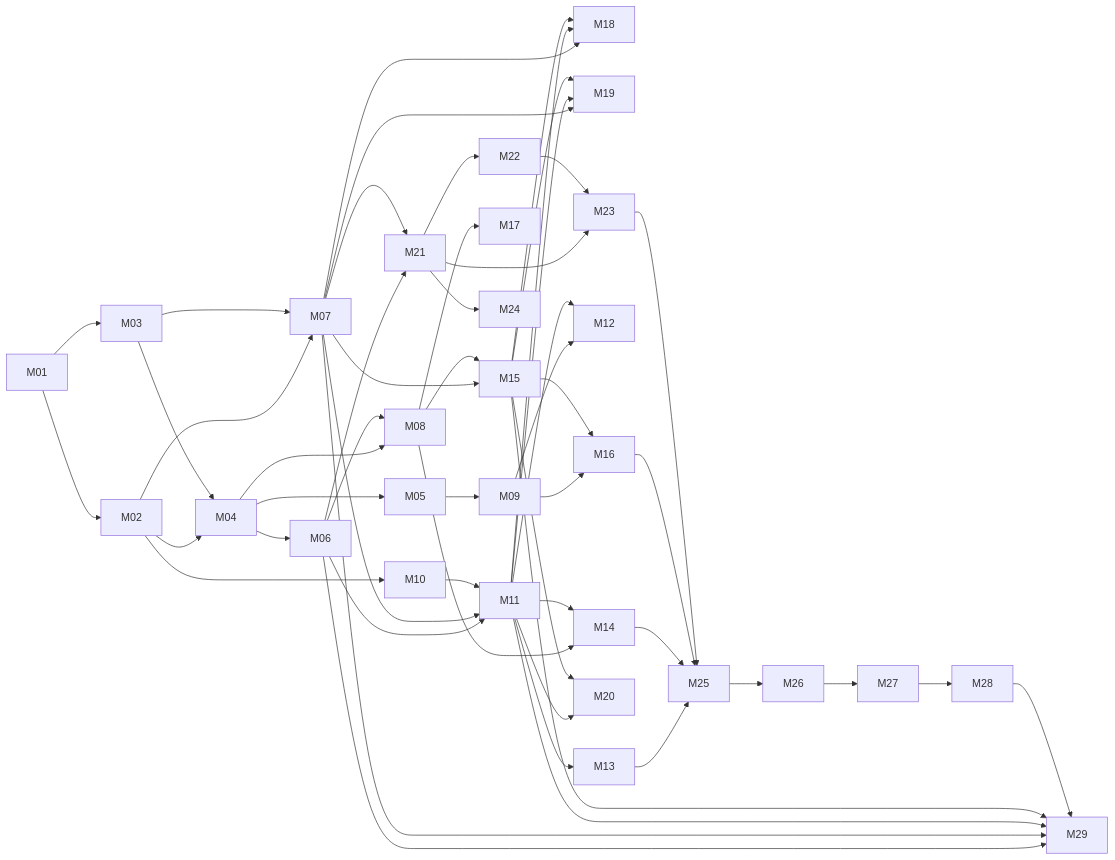
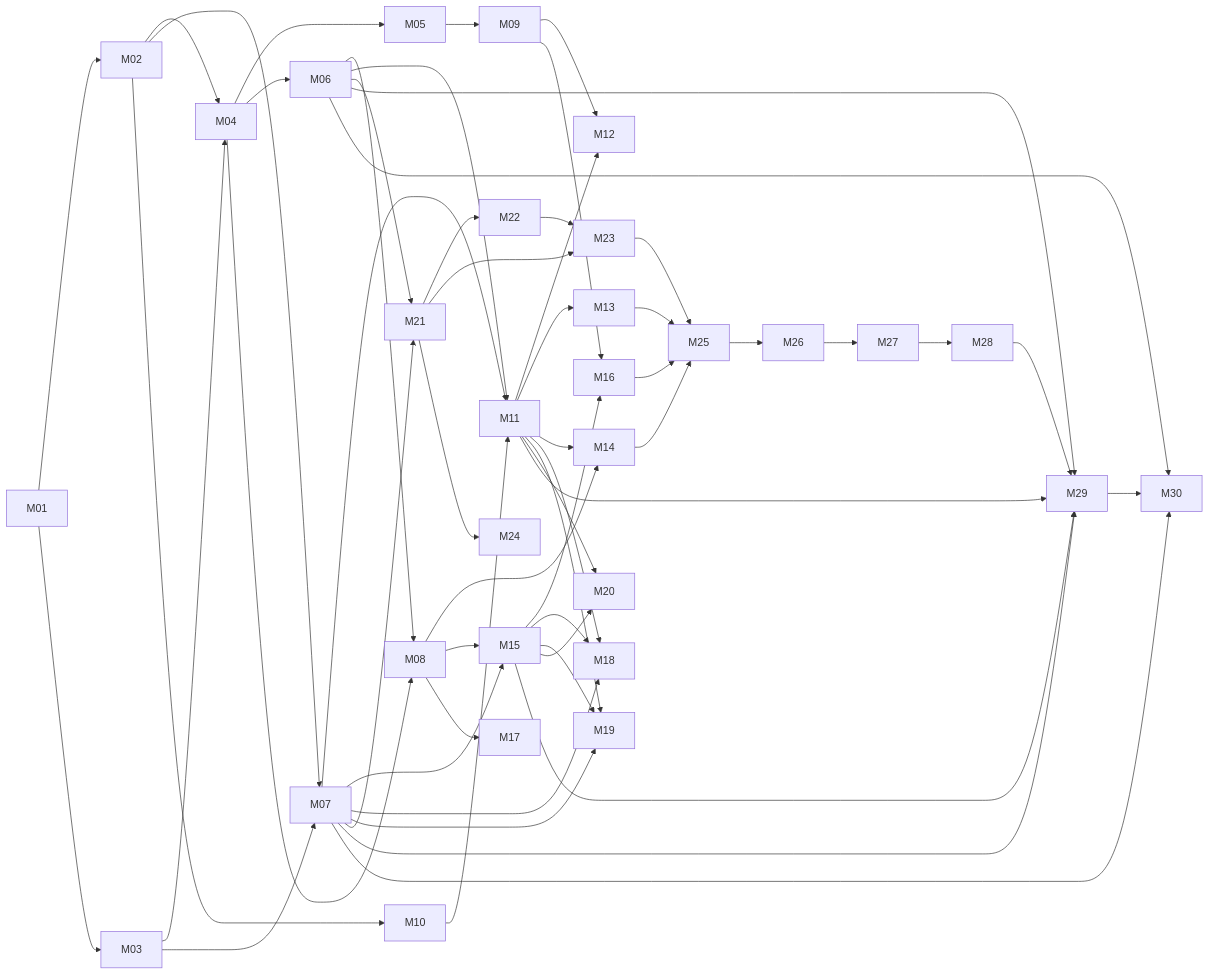
One commit to Underiger/Online-casino-on-Pi4 changed the diagram in 01to05/05_MILESTONES.md. Above: the diagram before and after it, drawn with Mermaid. The commit also changed other lines of this file, not shown here.

First line of the commit message:
docs(milestones): 依賴關係圖與關鍵路徑補上 M30

````diff
--- a/01to05/05_MILESTONES.md
+++ b/01to05/05_MILESTONES.md
@@ -77,20 +77,21 @@
 ```mermaid
 graph LR
   M01 --> M02 & M03
   M02 --> M04 & M07 & M10
   M03 --> M04 & M07
   M04 --> M05 & M06 & M08
   M05 --> M09
   M06 --> M08 & M11 & M21
   M07 --> M11 & M15 & M18 & M19 & M21
   M08 --> M14 & M15 & M17
   M09 --> M12 & M16
   M10 --> M11
   M11 --> M12 & M13 & M14 & M18 & M19 & M20
   M15 --> M16 & M18 & M19 & M20
   M21 --> M22 & M23 & M24
   M22 --> M23
   M13 & M14 & M16 & M23 --> M25
   M25 --> M26 --> M27 --> M28
   M06 & M07 & M11 & M15 & M28 --> M29
+  M06 & M07 & M29 --> M30
 ```
````
